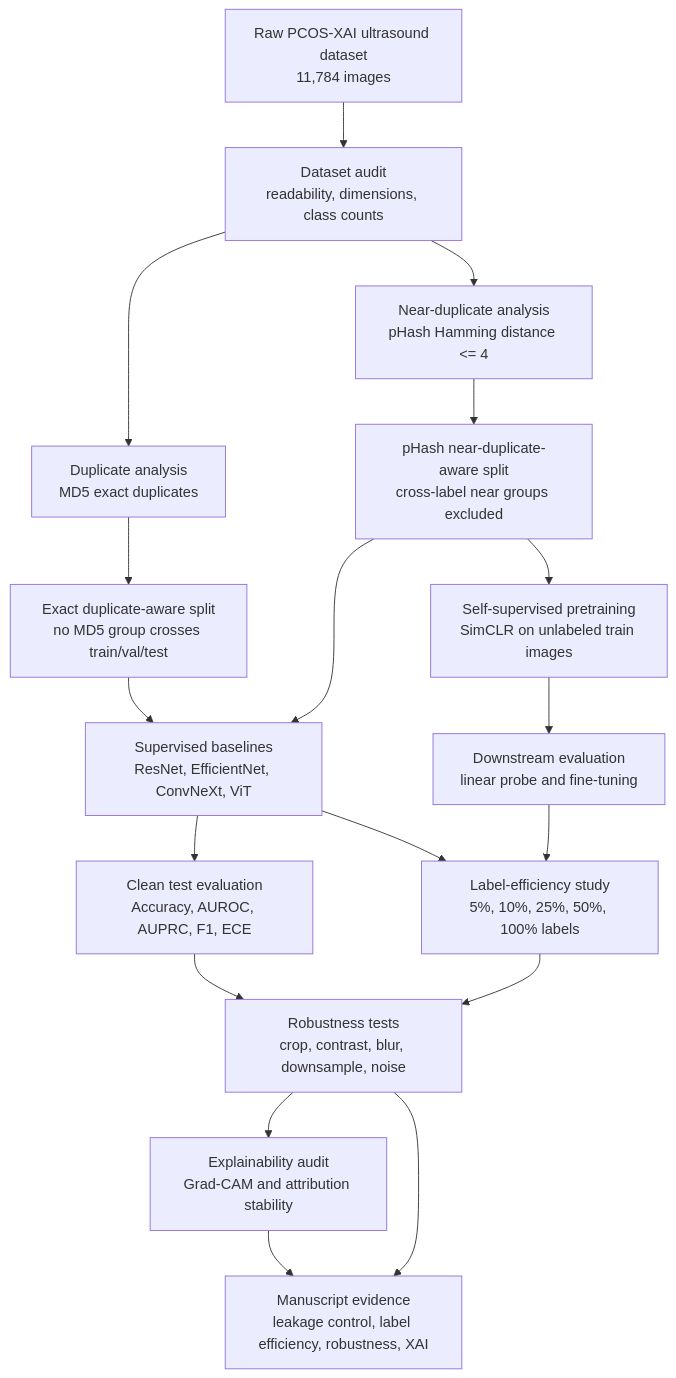
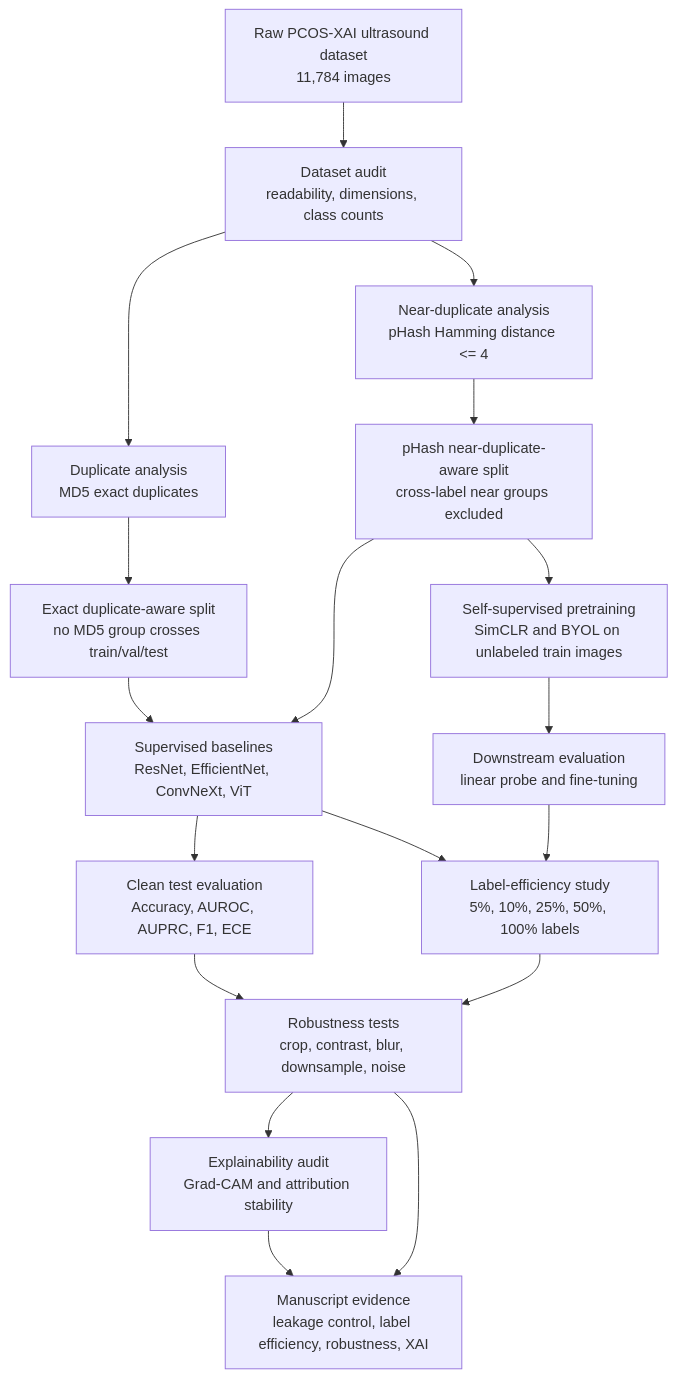
The diagram in README.md (Seyamalam/pcos-ssl-mps), drawn with Mermaid before and after one commit. The commit also changed other lines of this file and 35 other files, not shown here.

````diff
--- a/README.md
+++ b/README.md
@@ -115,25 +115,25 @@
 ```mermaid
 flowchart TD
     A["Raw PCOS-XAI ultrasound dataset<br/>11,784 images"] --> B["Dataset audit<br/>readability, dimensions, class counts"]
     B --> C["Duplicate analysis<br/>MD5 exact duplicates"]
     B --> D["Near-duplicate analysis<br/>pHash Hamming distance <= 4"]
     C --> E["Exact duplicate-aware split<br/>no MD5 group crosses train/val/test"]
     D --> F["pHash near-duplicate-aware split<br/>cross-label near groups excluded"]
 
     E --> G["Supervised baselines<br/>ResNet, EfficientNet, ConvNeXt, ViT"]
     F --> G
-    F --> H["Self-supervised pretraining<br/>SimCLR on unlabeled train images"]
+    F --> H["Self-supervised pretraining<br/>SimCLR and BYOL on unlabeled train images"]
 
     G --> I["Clean test evaluation<br/>Accuracy, AUROC, AUPRC, F1, ECE"]
     H --> J["Downstream evaluation<br/>linear probe and fine-tuning"]
 
     J --> K["Label-efficiency study<br/>5%, 10%, 25%, 50%, 100% labels"]
     G --> K
 
     I --> L["Robustness tests<br/>crop, contrast, blur, downsample, noise"]
     K --> L
     L --> M["Explainability audit<br/>Grad-CAM and attribution stability"]
 
     M --> N["Manuscript evidence<br/>leakage control, label efficiency, robustness, XAI"]
     L --> N
 ```
````
